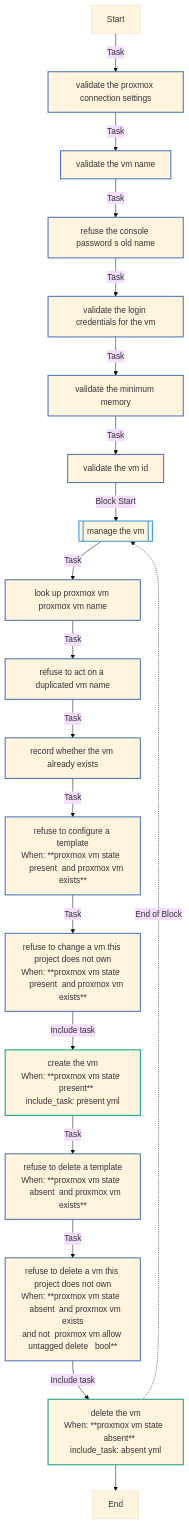
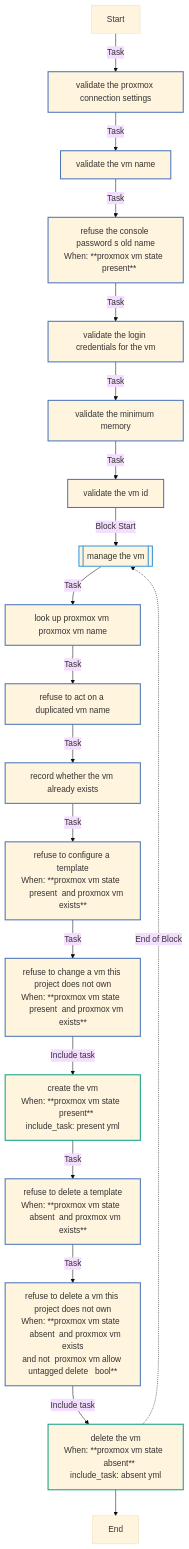
One commit to kawadeomkar/claude-on-proxmox changed the first of 4 diagrams in docs/reference/roles/proxmox_vm.md. Above: the diagram before and after it, drawn with Mermaid (base theme). The commit also changed other lines of this file and 14 other files, not shown here.

````diff
--- a/docs/reference/roles/proxmox_vm.md
+++ b/docs/reference/roles/proxmox_vm.md
@@ -116,31 +116,31 @@
 ```mermaid
 flowchart TD
 Start
 classDef block stroke:#3498db,stroke-width:2px;
 classDef task stroke:#4b76bb,stroke-width:2px;
 classDef includeTasks stroke:#16a085,stroke-width:2px;
 classDef importTasks stroke:#34495e,stroke-width:2px;
 classDef includeRole stroke:#2980b9,stroke-width:2px;
 classDef importRole stroke:#699ba7,stroke-width:2px;
 classDef includeVars stroke:#8e44ad,stroke-width:2px;
 classDef rescue stroke:#665352,stroke-width:2px;
 
   Start-->|Task| Validate_the_Proxmox_connection_settings0[validate the proxmox connection settings]:::task
   Validate_the_Proxmox_connection_settings0-->|Task| Validate_the_VM_name1[validate the vm name]:::task
-  Validate_the_VM_name1-->|Task| Refuse_the_console_password_s_old_name2[refuse the console password s old name]:::task
+  Validate_the_VM_name1-->|Task| Refuse_the_console_password_s_old_name2[refuse the console password s old name<br>When: **proxmox vm state     present**]:::task
   Refuse_the_console_password_s_old_name2-->|Task| Validate_the_login_credentials_for_the_VM3[validate the login credentials for the vm]:::task
   Validate_the_login_credentials_for_the_VM3-->|Task| Validate_the_minimum_memory4[validate the minimum memory]:::task
   Validate_the_minimum_memory4-->|Task| Validate_the_VM_ID5[validate the vm id]:::task
   Validate_the_VM_ID5-->|Block Start| Manage_the_VM6_block_start_0[[manage the vm]]:::block
   Manage_the_VM6_block_start_0-->|Task| Look_up_Proxmox_VM_proxmox_vm_name0[look up proxmox vm proxmox vm name]:::task
   Look_up_Proxmox_VM_proxmox_vm_name0-->|Task| Refuse_to_act_on_a_duplicated_VM_name1[refuse to act on a duplicated vm name]:::task
   Refuse_to_act_on_a_duplicated_VM_name1-->|Task| Record_whether_the_VM_already_exists2[record whether the vm already exists]:::task
   Record_whether_the_VM_already_exists2-->|Task| Refuse_to_configure_a_template3[refuse to configure a template<br>When: **proxmox vm state     present  and proxmox vm<br>exists**]:::task
   Refuse_to_configure_a_template3-->|Task| Refuse_to_change_a_VM_this_project_does_not_own4[refuse to change a vm this project does not own<br>When: **proxmox vm state     present  and proxmox vm<br>exists**]:::task
   Refuse_to_change_a_VM_this_project_does_not_own4-->|Include task| Create_the_VM_present_yml_5[create the vm<br>When: **proxmox vm state     present**<br>include_task: present yml]:::includeTasks
   Create_the_VM_present_yml_5-->|Task| Refuse_to_delete_a_template6[refuse to delete a template<br>When: **proxmox vm state     absent  and proxmox vm exists**]:::task
   Refuse_to_delete_a_template6-->|Task| Refuse_to_delete_a_VM_this_project_does_not_own7[refuse to delete a vm this project does not own<br>When: **proxmox vm state     absent  and proxmox vm exists<br>and not  proxmox vm allow untagged delete   bool**]:::task
   Refuse_to_delete_a_VM_this_project_does_not_own7-->|Include task| Delete_the_VM_absent_yml_8[delete the vm<br>When: **proxmox vm state     absent**<br>include_task: absent yml]:::includeTasks
   Delete_the_VM_absent_yml_8-.->|End of Block| Manage_the_VM6_block_start_0
   Delete_the_VM_absent_yml_8-->End
 ```
````
